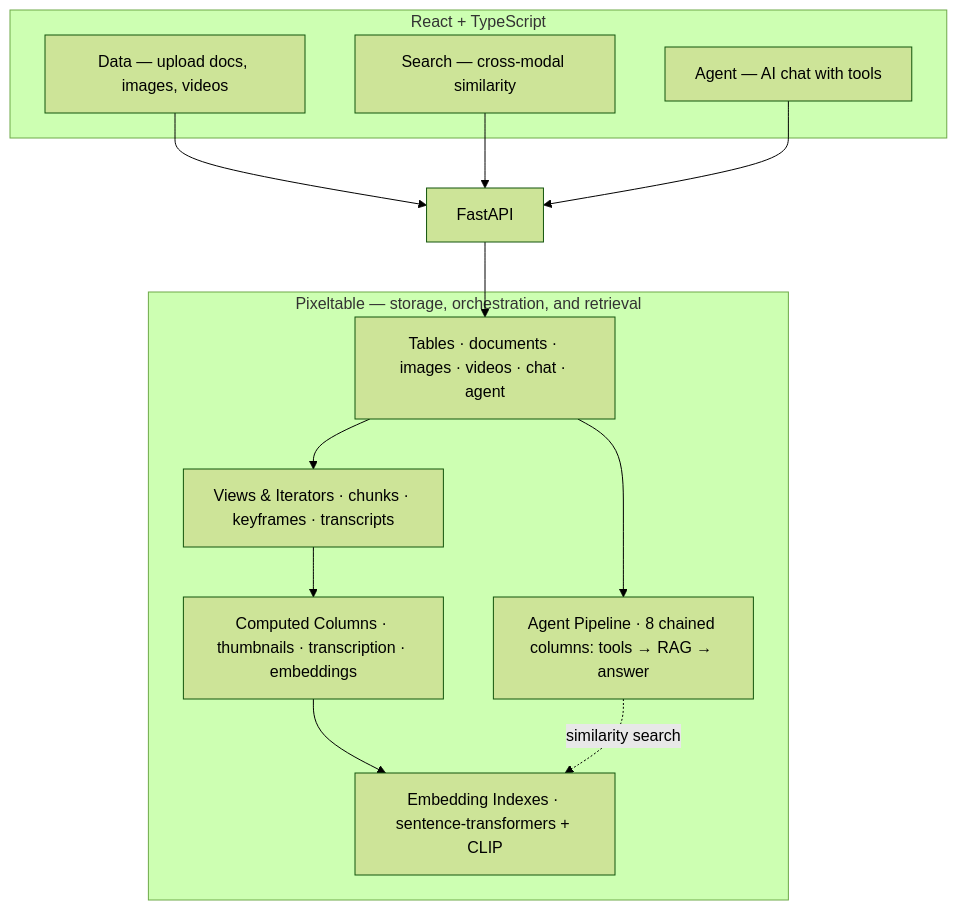
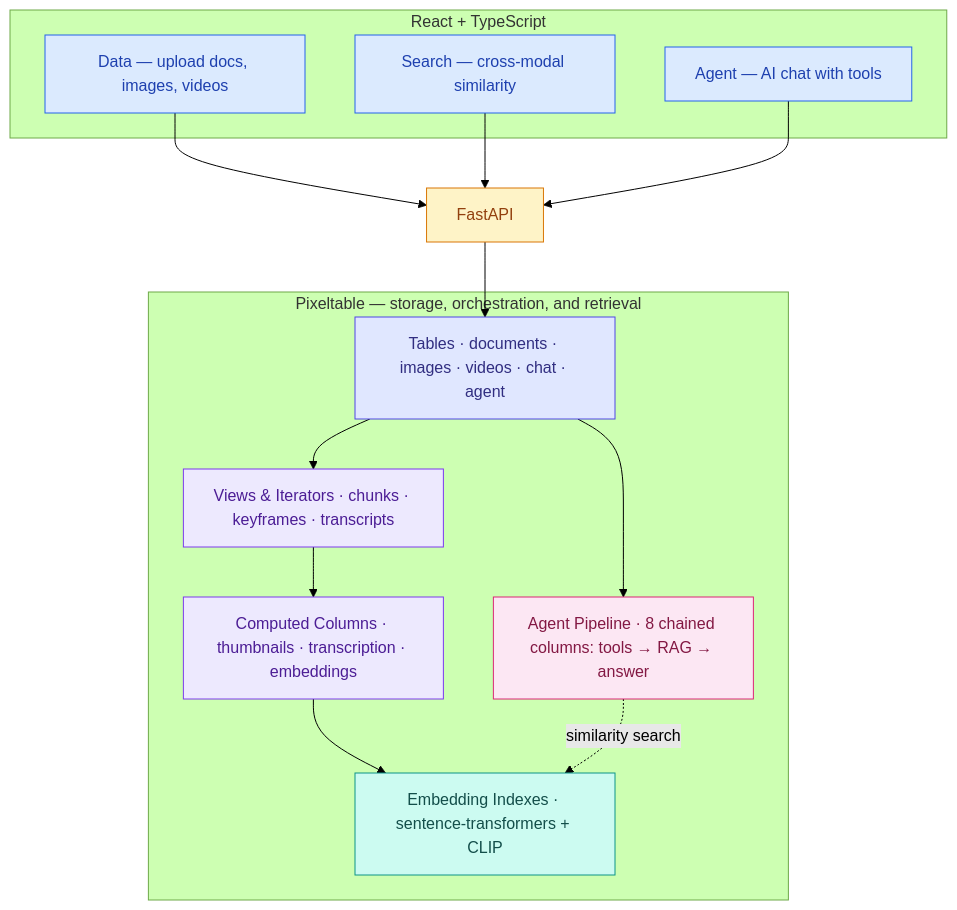
The diagram in README.md (pixeltable/pixeltable-starter-kit), drawn with Mermaid (forest theme) before and after one commit.

Commit message:
Style architecture diagram: color-coded layers for frontend, API, and Pixeltable internals
Made-with: Cursor

````diff
--- a/README.md
+++ b/README.md
@@ -5,24 +5,38 @@
 ```mermaid
 graph TD
     subgraph Frontend["React + TypeScript"]
         D["Data — upload docs, images, videos"]
         S["Search — cross-modal similarity"]
         A["Agent — AI chat with tools"]
     end
 
     API["FastAPI"]
 
     subgraph PXT["Pixeltable — storage, orchestration, and retrieval"]
         Tables["Tables · documents · images · videos · chat · agent"]
         Views["Views & Iterators · chunks · keyframes · transcripts"]
         CC["Computed Columns · thumbnails · transcription · embeddings"]
         EI["Embedding Indexes · sentence-transformers + CLIP"]
         AP["Agent Pipeline · 8 chained columns: tools → RAG → answer"]
     end
 
     D & S & A --> API
     API --> Tables
     Tables --> Views --> CC --> EI
     Tables --> AP
     AP -.->|similarity search| EI
+
+    classDef blue fill:#dbeafe,stroke:#2563eb,color:#1e40af
+    classDef amber fill:#fef3c7,stroke:#d97706,color:#92400e
+    classDef indigo fill:#e0e7ff,stroke:#4f46e5,color:#312e81
+    classDef violet fill:#ede9fe,stroke:#7c3aed,color:#4c1d95
+    classDef teal fill:#ccfbf1,stroke:#0d9488,color:#134e4a
+    classDef pink fill:#fce7f3,stroke:#db2777,color:#831843
+
+    class D,S,A blue
+    class API amber
+    class Tables indigo
+    class Views,CC violet
+    class EI teal
+    class AP pink
 ```
````
